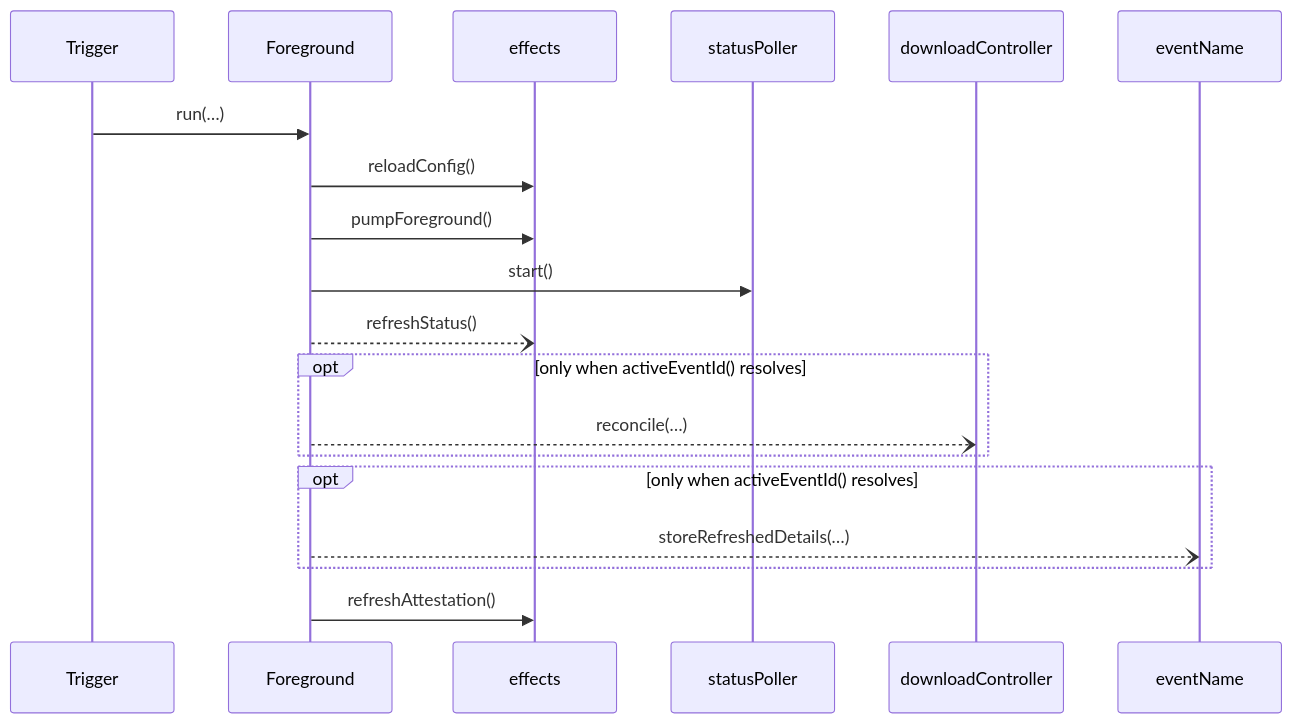
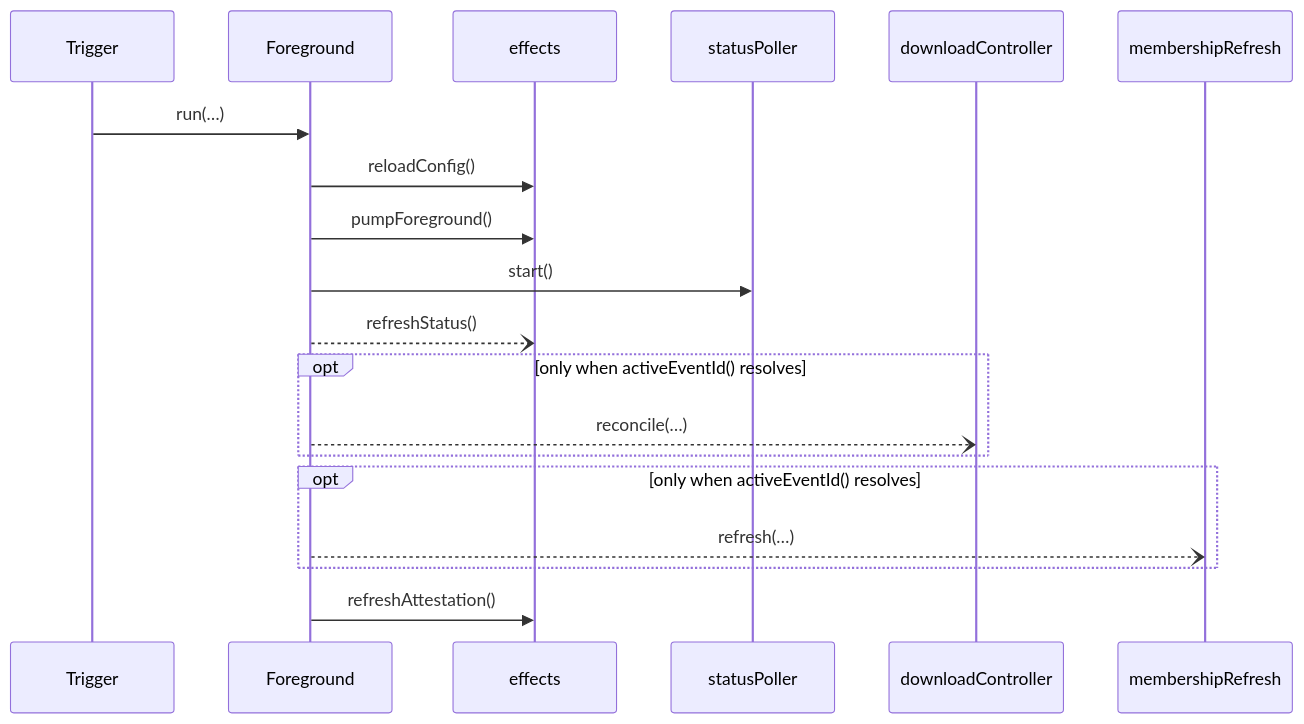
Before and after one commit to stefanhoelzl/SnapSync: the diagram in architecture/flows/Foreground.md, drawn with Mermaid. The commit also changed 71 other files, not shown here.

````diff
--- a/architecture/flows/Foreground.md
+++ b/architecture/flows/Foreground.md
@@ -14,21 +14,21 @@
 ```mermaid
 sequenceDiagram
   participant Trigger
   participant Foreground
   participant effects
   participant statusPoller
   participant downloadController
-  participant eventName
+  participant membershipRefresh
   Trigger->>Foreground: run(…)
   Foreground->>effects: reloadConfig()
   Foreground->>effects: pumpForeground()
   Foreground->>statusPoller: start()
   Foreground--)effects: refreshStatus()
   opt only when activeEventId() resolves
     Foreground--)downloadController: reconcile(…)
   end
   opt only when activeEventId() resolves
-    Foreground--)eventName: storeRefreshedDetails(…)
+    Foreground--)membershipRefresh: refresh(…)
   end
   Foreground->>effects: refreshAttestation()
 ```
````
